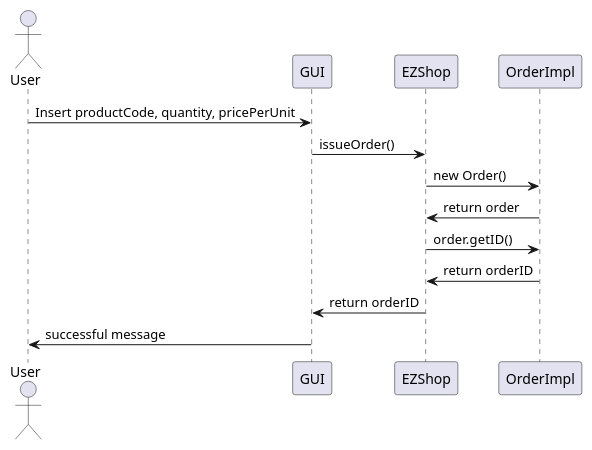
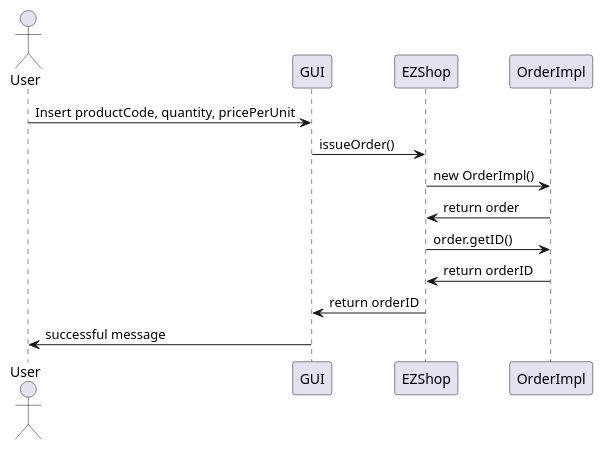
One commit to ThePiromaximus/ezshop changed the eighth of 19 diagrams in Deliverables/DesignDocument.md. Above: the diagram before and after it, drawn with PlantUML. The commit also changed other lines of this file, not shown here.

````diff
--- a/Deliverables/DesignDocument.md
+++ b/Deliverables/DesignDocument.md
@@ -359,13 +359,13 @@
 ```plantuml
 @startuml
 actor User
 User -> GUI: Insert productCode, quantity, pricePerUnit
 GUI -> EZShop: issueOrder()
-EZShop -> OrderImpl: new Order()
+EZShop -> OrderImpl: new OrderImpl()
 EZShop <- OrderImpl: return order
 EZShop -> OrderImpl: order.getID()
 EZShop <- OrderImpl: return orderID
 GUI <- EZShop: return orderID
 User <- GUI: successful message
 @enduml
 ```
````
